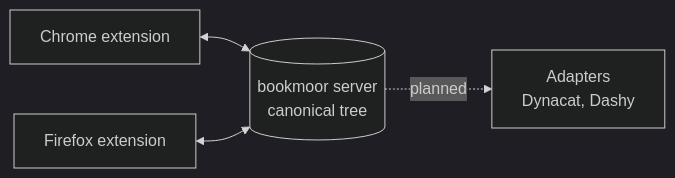
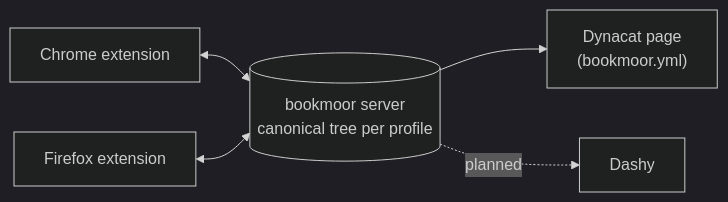
Before and after one commit to swallat/bookmoor: the diagram in README.md, drawn with Mermaid (dark theme). The commit also changed other lines of this file and 3 other files, not shown here.

````diff
--- a/README.md
+++ b/README.md
@@ -50,6 +80,7 @@
 ```mermaid
 flowchart LR
-    C["Chrome extension"] <--> S[("bookmoor server<br/>canonical tree")]
+    C["Chrome extension"] <--> S[("bookmoor server<br/>canonical tree per profile")]
     F["Firefox extension"] <--> S
-    S -. planned .-> A["Adapters<br/>Dynacat, Dashy"]
+    S --> D["Dynacat page<br/>(bookmoor.yml)"]
+    S -. planned .-> Y["Dashy"]
 ```
````
